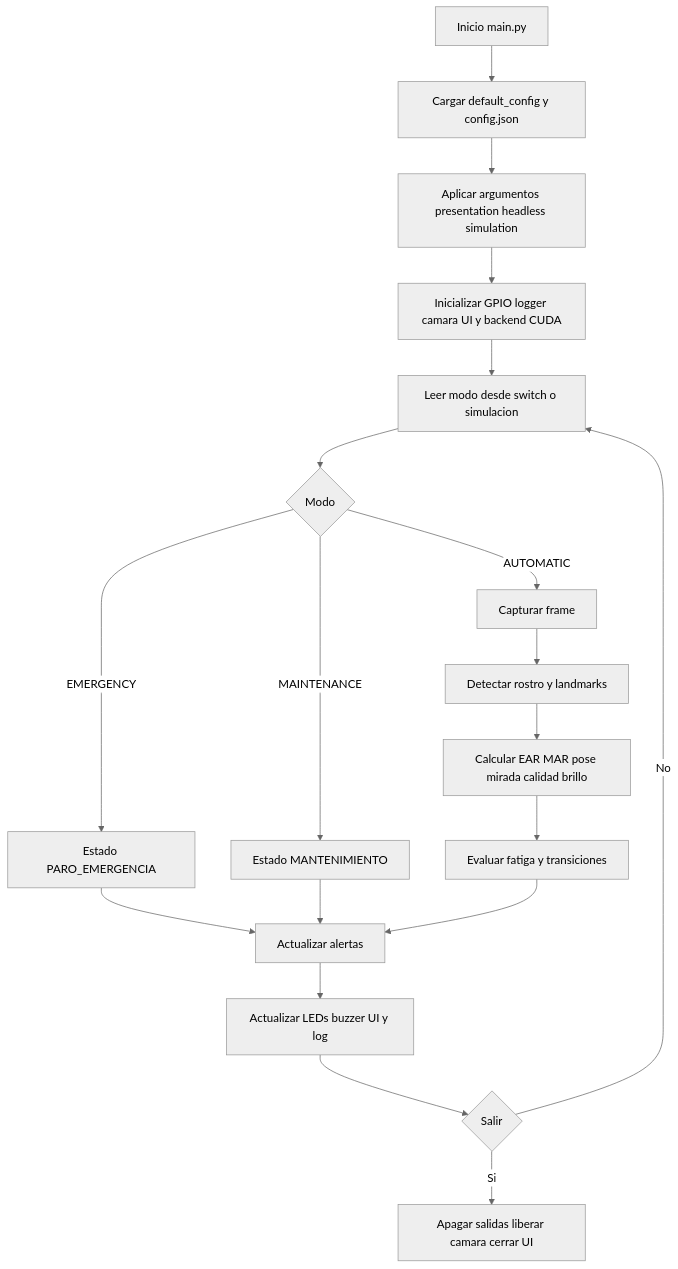
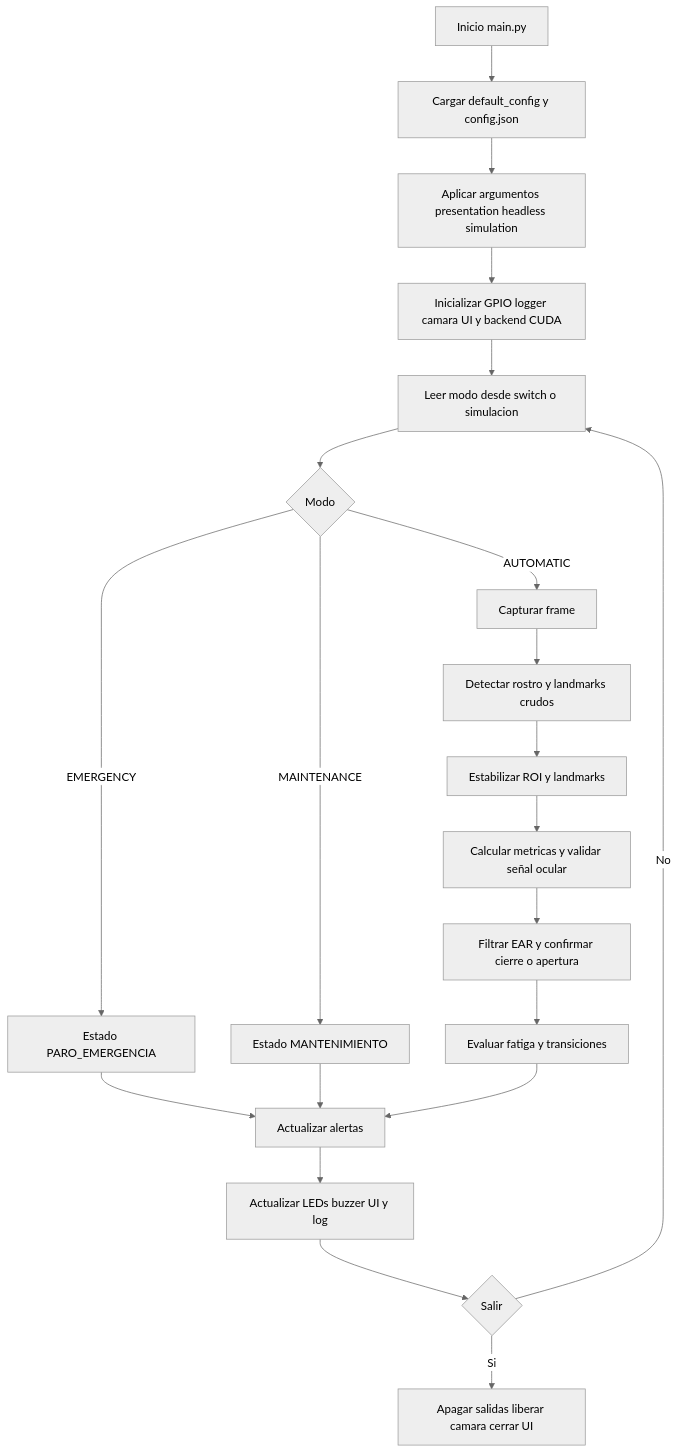
Before and after one commit to JFRo57/tt2_drowsiness_jetson: the second of 3 diagrams in DOCUMENTACION_PROYECTO.md, drawn with Mermaid (neutral theme). The commit also changed other lines of this file and 9 other files, not shown here.

````diff
--- a/DOCUMENTACION_PROYECTO.md
+++ b/DOCUMENTACION_PROYECTO.md
@@ -85,21 +101,23 @@
 ```mermaid
 flowchart TD
     A[Inicio main.py] --> B[Cargar default_config y config.json]
     B --> C[Aplicar argumentos presentation headless simulation]
     C --> D[Inicializar GPIO logger camara UI y backend CUDA]
     D --> E[Leer modo desde switch o simulacion]
     E --> F{Modo}
     F -->|EMERGENCY| G[Estado PARO_EMERGENCIA]
     F -->|MAINTENANCE| H[Estado MANTENIMIENTO]
     F -->|AUTOMATIC| I[Capturar frame]
-    I --> J[Detectar rostro y landmarks]
-    J --> K[Calcular EAR MAR pose mirada calidad brillo]
-    K --> L[Evaluar fatiga y transiciones]
+    I --> J[Detectar rostro y landmarks crudos]
+    J --> K[Estabilizar ROI y landmarks]
+    K --> Q[Calcular metricas y validar señal ocular]
+    Q --> R[Filtrar EAR y confirmar cierre o apertura]
+    R --> L[Evaluar fatiga y transiciones]
     G --> M[Actualizar alertas]
     H --> M
     L --> M
     M --> N[Actualizar LEDs buzzer UI y log]
     N --> O{Salir}
     O -->|No| E
     O -->|Si| P[Apagar salidas liberar camara cerrar UI]
 ```
````
